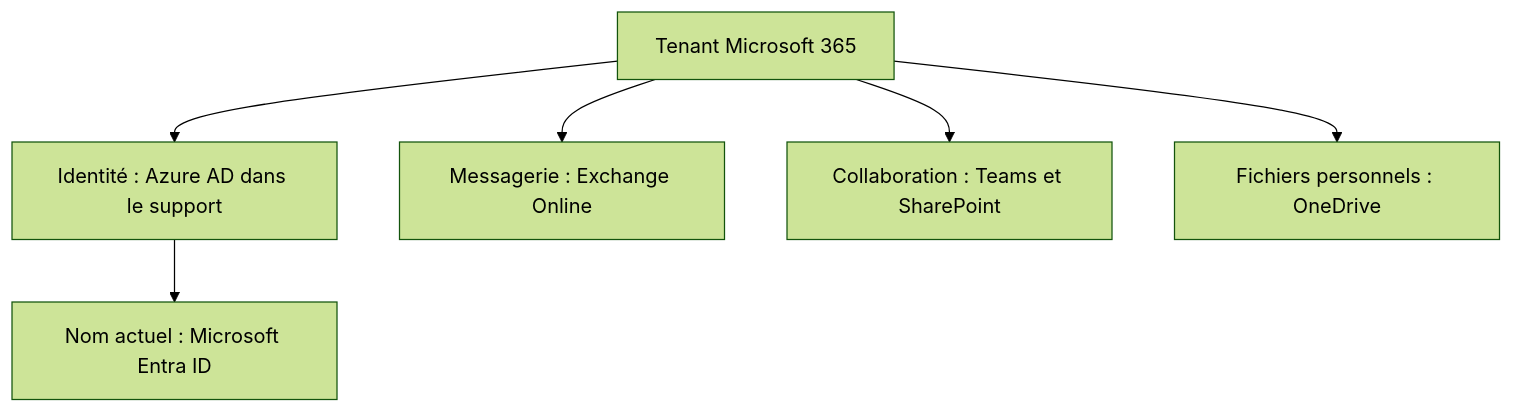
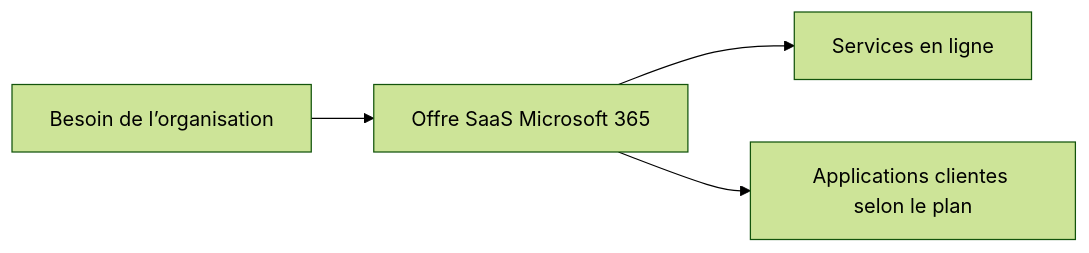
The first of 2 diagrams in docs/modules/03-microsoft-365-outils-collaboratifs/module-01-decouverte-de-microsoft-365.md (sk34pk25/tssr-cours), drawn with Mermaid (forest theme) before and after one commit. The commit also changed other lines of this file and 11 other files, not shown here.

````diff
--- a/docs/modules/03-microsoft-365-outils-collaboratifs/module-01-decouverte-de-microsoft-365.md
+++ b/docs/modules/03-microsoft-365-outils-collaboratifs/module-01-decouverte-de-microsoft-365.md
@@ -109,8 +26,6 @@
 ```mermaid
-flowchart TD
-    T["Tenant Microsoft 365"] --> I["Identité : Azure AD dans le support"]
-    T --> M["Messagerie : Exchange Online"]
-    T --> C["Collaboration : Teams et SharePoint"]
-    T --> F["Fichiers personnels : OneDrive"]
-    I --> N["Nom actuel : Microsoft Entra ID"]
+flowchart LR
+    A["Besoin de l’organisation"] --> B["Offre SaaS Microsoft 365"]
+    B --> C["Services en ligne"]
+    B --> D["Applications clientes selon le plan"]
 ```
````
